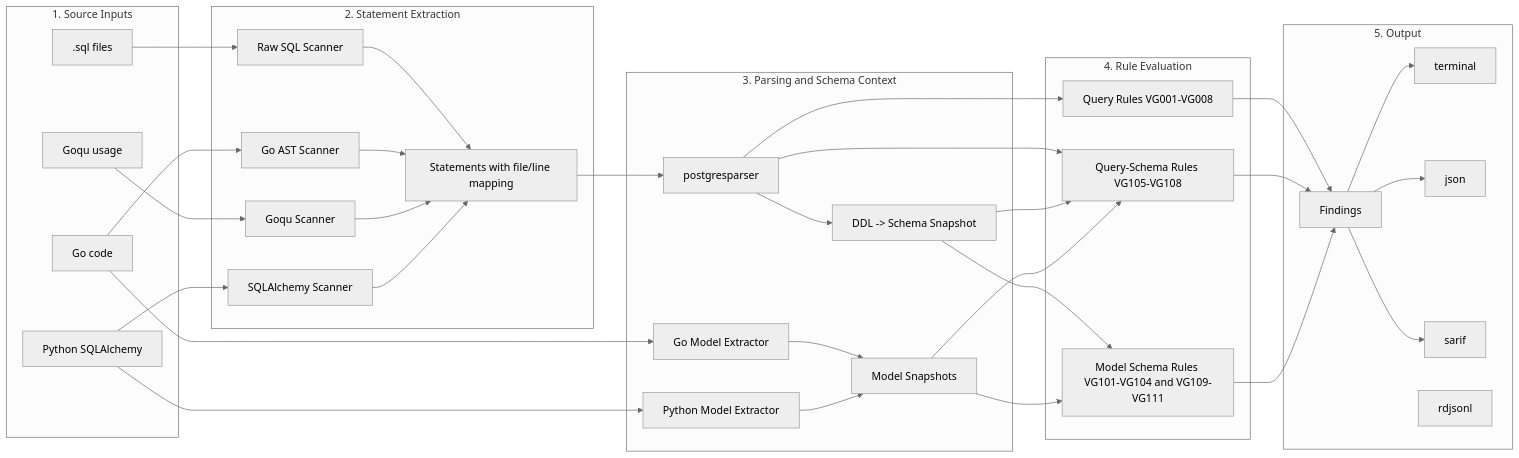
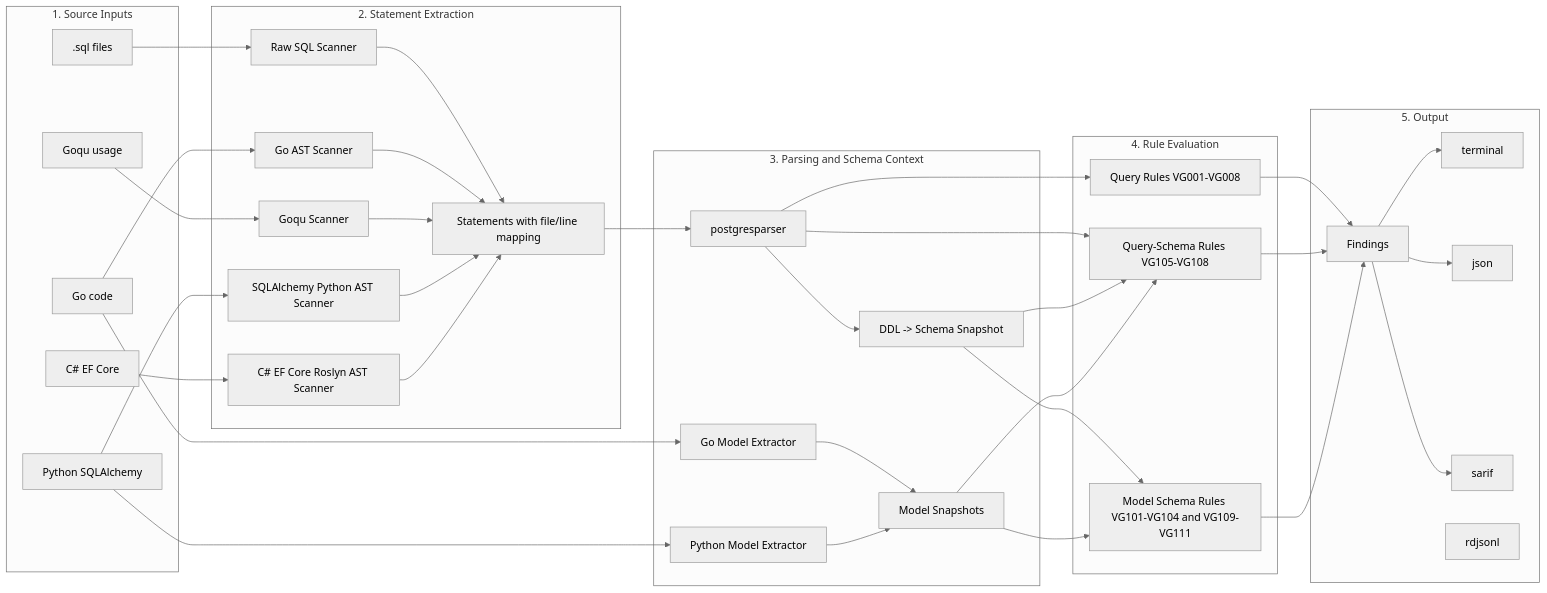
Before and after one commit to ValkDB/valk-guard: the diagram in README.md, drawn with Mermaid (neutral theme). The commit also changed other lines of this file and 41 other files, not shown here.

First line of the commit message:
feat: add C# EF Core raw SQL scanner (#18)

````diff
--- a/README.md
+++ b/README.md
@@ -344,64 +358,67 @@
 ```mermaid
 flowchart LR
   subgraph S1["1. Source Inputs"]
     A1[".sql files"]
     A2["Go code"]
     A3["Goqu usage"]
     A4["Python SQLAlchemy"]
+    A5["C# EF Core"]
   end
 
   subgraph S2["2. Statement Extraction"]
     B1["Raw SQL Scanner"]
     B2["Go AST Scanner"]
     B3["Goqu Scanner"]
-    B4["SQLAlchemy Scanner"]
+    B4["SQLAlchemy Python AST Scanner"]
+    B6["C# EF Core Roslyn AST Scanner"]
     B5["Statements with file/line mapping"]
   end
 
   subgraph S3["3. Parsing and Schema Context"]
     C1["postgresparser"]
     C2["DDL -> Schema Snapshot"]
     C3["Go Model Extractor"]
     C4["Python Model Extractor"]
     C5["Model Snapshots"]
   end
 
   subgraph S4["4. Rule Evaluation"]
     D1["Query Rules VG001-VG008"]
     D2["Query-Schema Rules VG105-VG108"]
     D3["Model Schema Rules VG101-VG104 and VG109-VG111"]
   end
 
   subgraph S5["5. Output"]
     E0["Findings"]
     E1["terminal"]
     E2["json"]
     E3["sarif"]
     E4["rdjsonl"]
   end
 
   A1 --> B1 --> B5
   A2 --> B2 --> B5
   A3 --> B3 --> B5
   A4 --> B4 --> B5
+  A5 --> B6 --> B5
 
   B5 --> C1
   C1 --> D1
   C1 --> C2
   C1 --> D2
 
   A2 --> C3 --> C5
   A4 --> C4 --> C5
 
   C2 --> D2
   C5 --> D2
   C2 --> D3
   C5 --> D3
 
   D1 --> E0
   D2 --> E0
   D3 --> E0
   E0 --> E1
   E0 --> E2
   E0 --> E3
 ```
````
